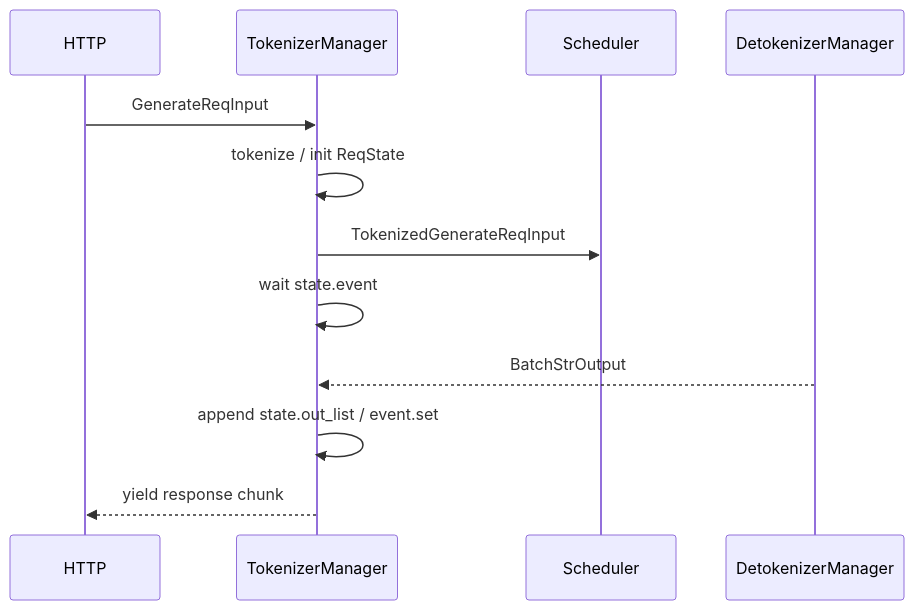
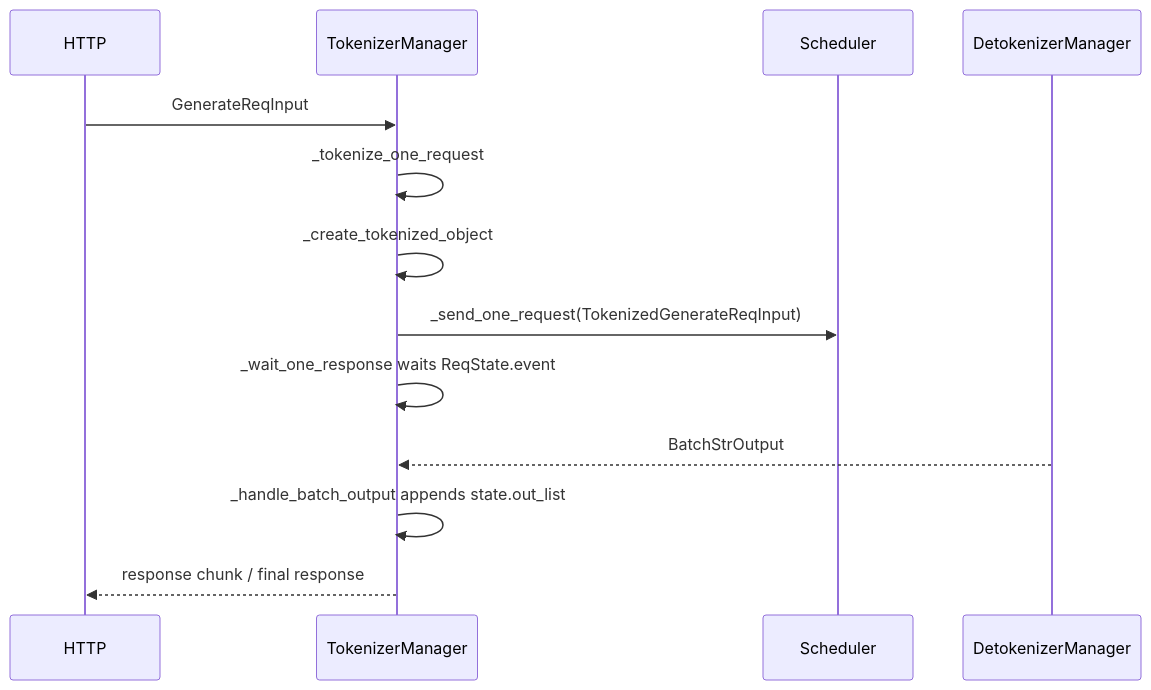
Before and after one commit to cl-vv-h/SGLang_Tutor: the fourth of 6 diagrams in learning/sglang-source-reading/01-request-lifecycle.md, drawn with Mermaid. The commit also changed other lines of this file and 4 other files, not shown here.

````diff
--- a/learning/sglang-source-reading/01-request-lifecycle.md
+++ b/learning/sglang-source-reading/01-request-lifecycle.md
@@ -137,15 +95,16 @@
 ```mermaid
 sequenceDiagram
   participant HTTP
   participant TM as TokenizerManager
   participant SCH as Scheduler
   participant DETOK as DetokenizerManager
 
   HTTP->>TM: GenerateReqInput
-  TM->>TM: tokenize / init ReqState
-  TM->>SCH: TokenizedGenerateReqInput
-  TM->>TM: wait state.event
+  TM->>TM: _tokenize_one_request
+  TM->>TM: _create_tokenized_object
+  TM->>SCH: _send_one_request(TokenizedGenerateReqInput)
+  TM->>TM: _wait_one_response waits ReqState.event
   DETOK-->>TM: BatchStrOutput
-  TM->>TM: append state.out_list / event.set
-  TM-->>HTTP: yield response chunk
+  TM->>TM: _handle_batch_output appends state.out_list
+  TM-->>HTTP: response chunk / final response
 ```
````
